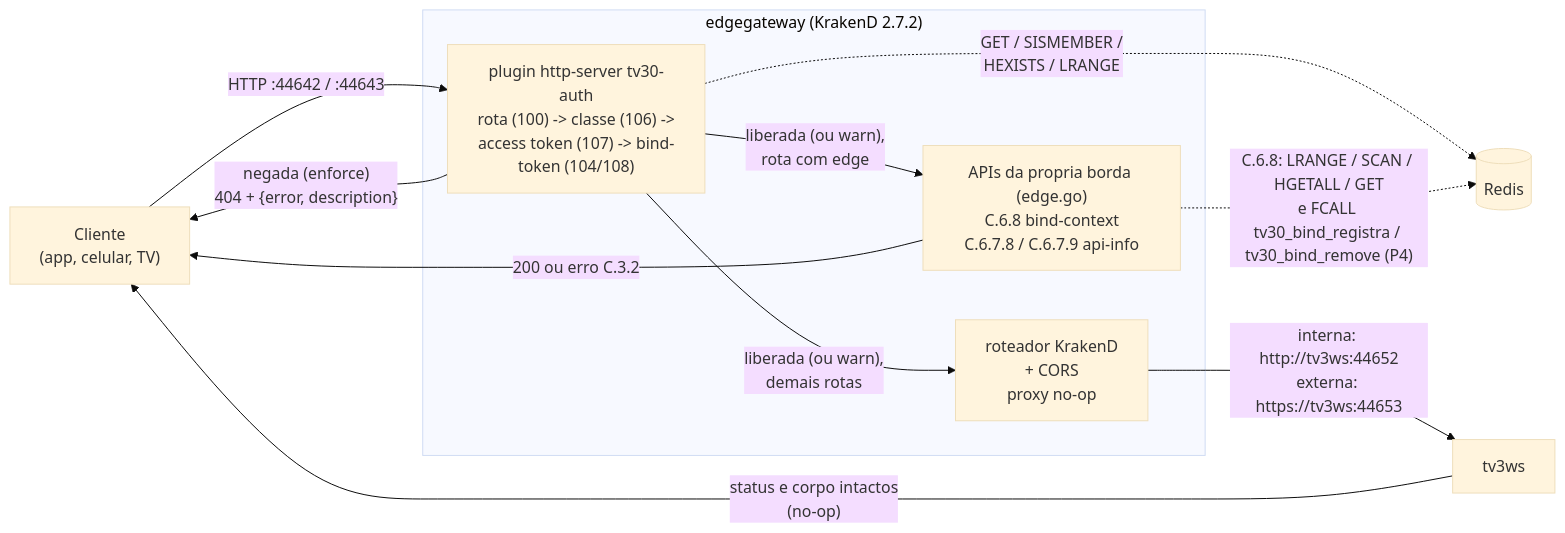
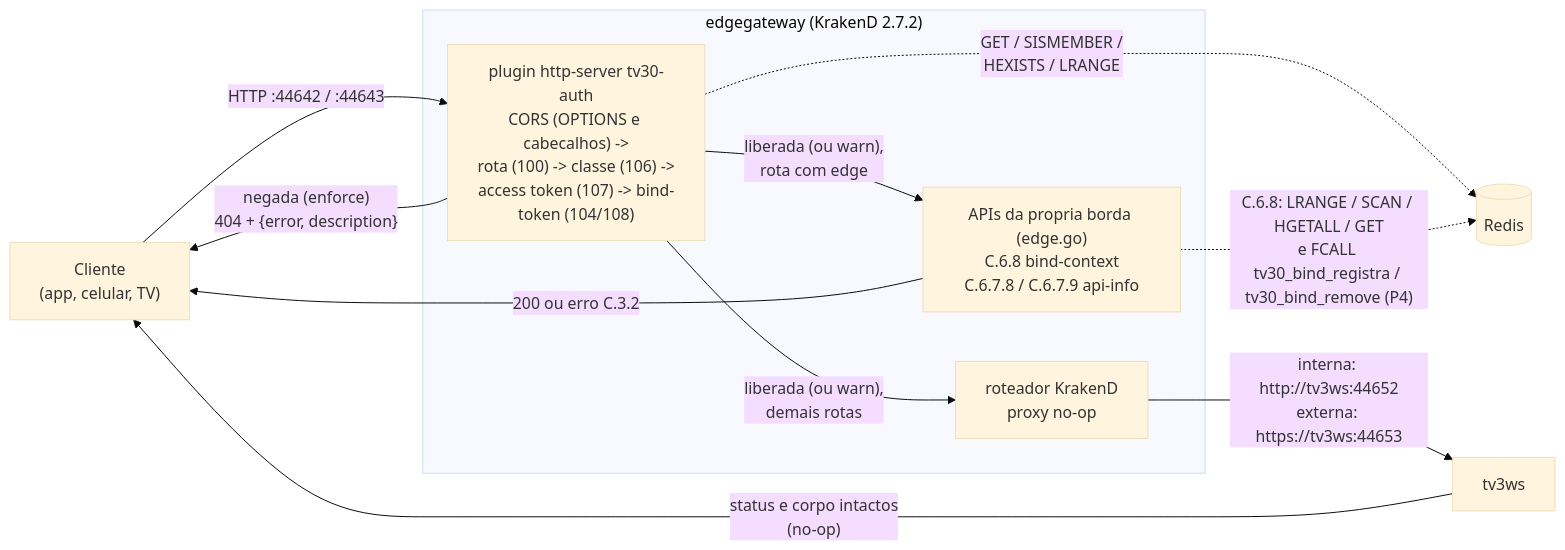
One commit to multisens/Infra changed the first of 2 diagrams in docs/04-pipeline-http.md. Above: the diagram before and after it, drawn with Mermaid (base theme). The commit also changed other lines of this file and 9 other files, not shown here.

Commit message:
feat: CORS todo no plugin da borda (opcao b, decisao do Luis em 12/10) e 2 s mantidos

````diff
--- a/docs/04-pipeline-http.md
+++ b/docs/04-pipeline-http.md
@@ -22,19 +22,19 @@
 ```mermaid
 flowchart LR
     C["Cliente<br/>(app, celular, TV)"] -->|"HTTP :44642 / :44643"| P
 
     subgraph EDGE["edgegateway (KrakenD 2.7.2)"]
-        P["plugin http-server tv30-auth<br/>rota (100) -> classe (106) -><br/>access token (107) -> bind-token (104/108)"]
+        P["plugin http-server tv30-auth<br/>CORS (OPTIONS e cabecalhos) -><br/>rota (100) -> classe (106) -><br/>access token (107) -> bind-token (104/108)"]
         A["APIs da propria borda (edge.go)<br/>C.6.8 bind-context<br/>C.6.7.8 / C.6.7.9 api-info"]
-        G["roteador KrakenD<br/>+ CORS<br/>proxy no-op"]
+        G["roteador KrakenD<br/>proxy no-op"]
         P -->|"liberada (ou warn),<br/>rota com edge"| A
         P -->|"liberada (ou warn),<br/>demais rotas"| G
     end
 
     P -.->|"GET / SISMEMBER /<br/>HEXISTS / LRANGE"| R[("Redis")]
     A -.->|"C.6.8: LRANGE / SCAN / HGETALL / GET<br/>e FCALL tv30_bind_registra / tv30_bind_remove (P4)"| R
     A -->|"200 ou erro C.3.2"| C
     P -->|"negada (enforce)<br/>404 + {error, description}"| C
     G -->|"interna: http://tv3ws:44652<br/>externa: https://tv3ws:44653"| T["tv3ws"]
     T -->|"status e corpo intactos<br/>(no-op)"| C
 ```
````
